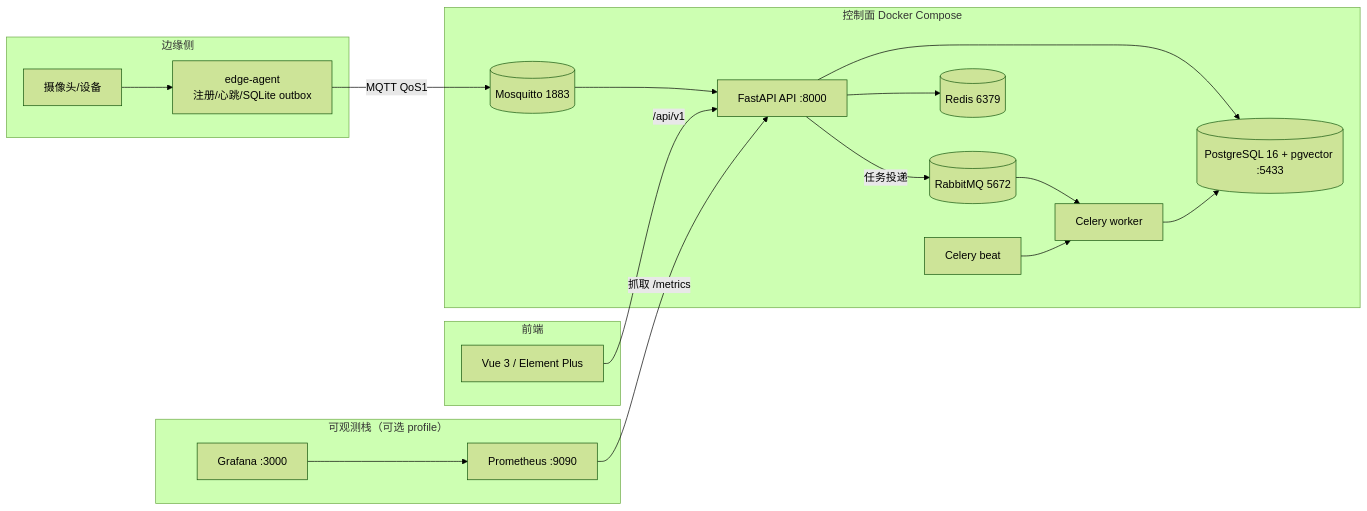
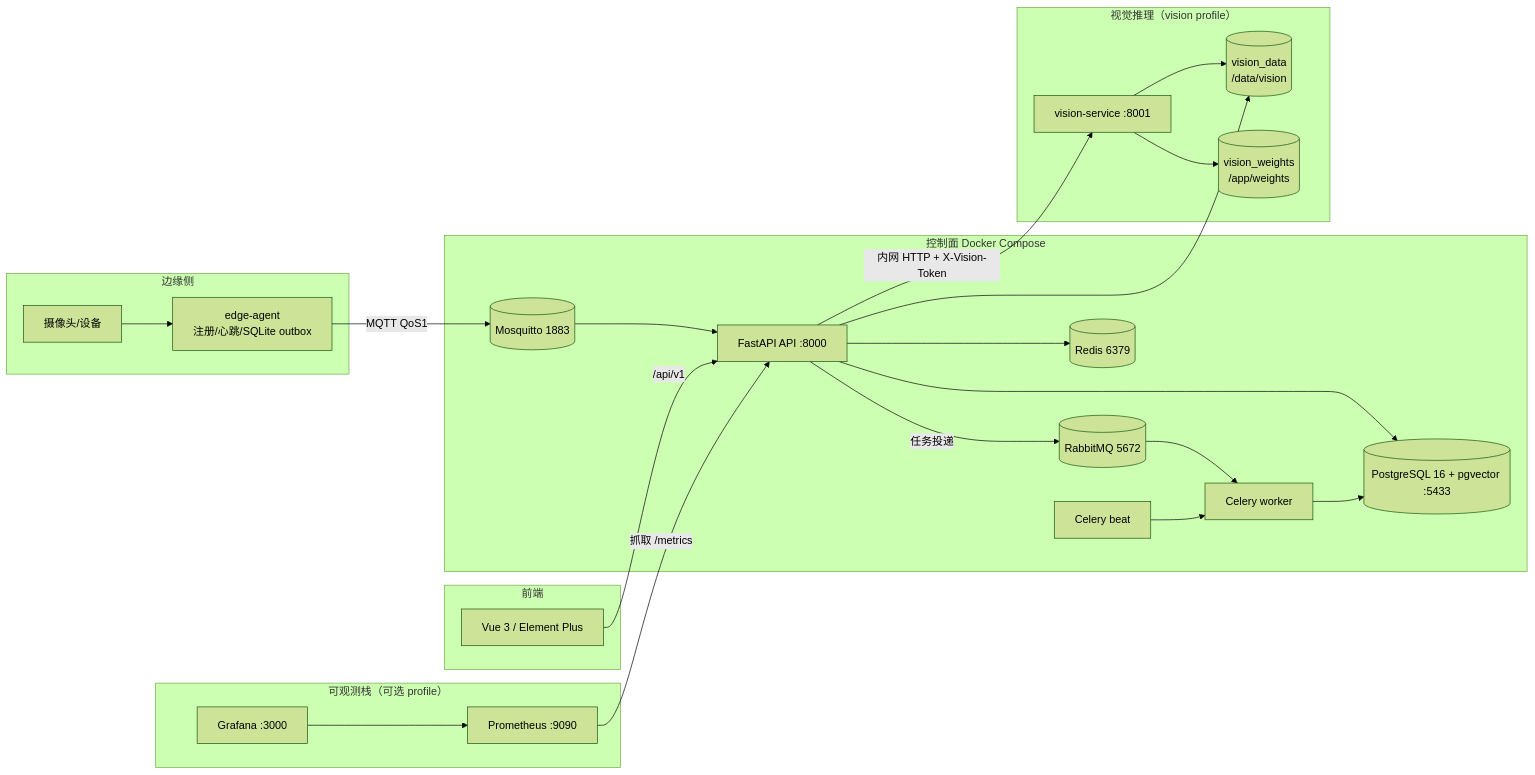
One commit to qinglan-qaq/EdgePilot changed the first of 2 diagrams in docs/architecture.md. Above: the diagram before and after it, drawn with Mermaid (forest theme). The commit also changed other lines of this file and 10 other files, not shown here.

````diff
--- a/docs/architecture.md
+++ b/docs/architecture.md
@@ -9,39 +11,49 @@
 ```mermaid
 flowchart LR
     subgraph Edge[边缘侧]
         Agent[edge-agent\n注册/心跳/SQLite outbox]
         Cam[摄像头/设备]
     end
 
     subgraph Control[控制面 Docker Compose]
         MQTT[(Mosquitto 1883)]
         API[FastAPI API :8000]
         Worker[Celery worker]
         Beat[Celery beat]
         PG[(PostgreSQL 16 + pgvector :5433)]
         Redis[(Redis 6379)]
         MQ[(RabbitMQ 5672)]
+    end
+
+    subgraph Vision[视觉推理（vision profile）]
+        VS[vision-service :8001]
+        VData[(vision_data\n/data/vision)]
+        VW[(vision_weights\n/app/weights)]
     end
 
     subgraph UI[前端]
         Web[Vue 3 / Element Plus]
     end
 
     subgraph Obs[可观测栈（可选 profile）]
         Prom[Prometheus :9090]
         Grafana[Grafana :3000]
     end
 
     Cam --> Agent
     Agent -- MQTT QoS1 --> MQTT
     MQTT --> API
     API --> PG
     API --> Redis
     API -- 任务投递 --> MQ
     MQ --> Worker
     Worker --> PG
     Beat --> Worker
     Web -- /api/v1 --> API
+    API -- 内网 HTTP + X-Vision-Token --> VS
+    VS --> VData
+    VS --> VW
+    API --> VData
     Prom -- 抓取 /metrics --> API
     Grafana --> Prom
 ```
````
